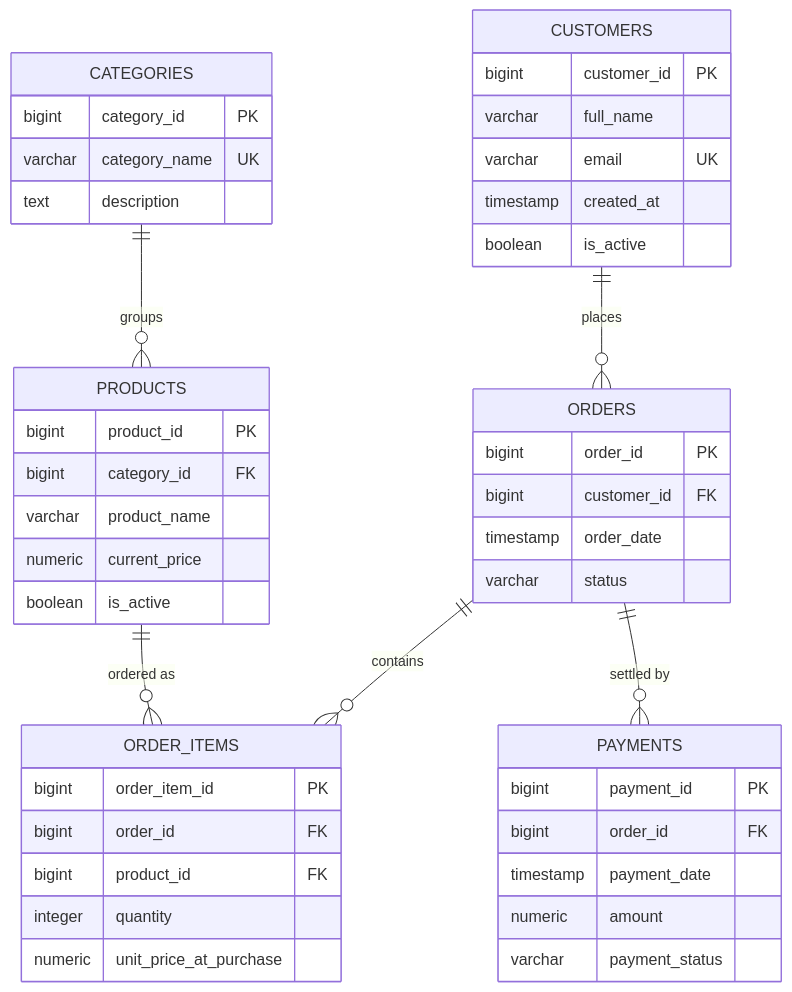
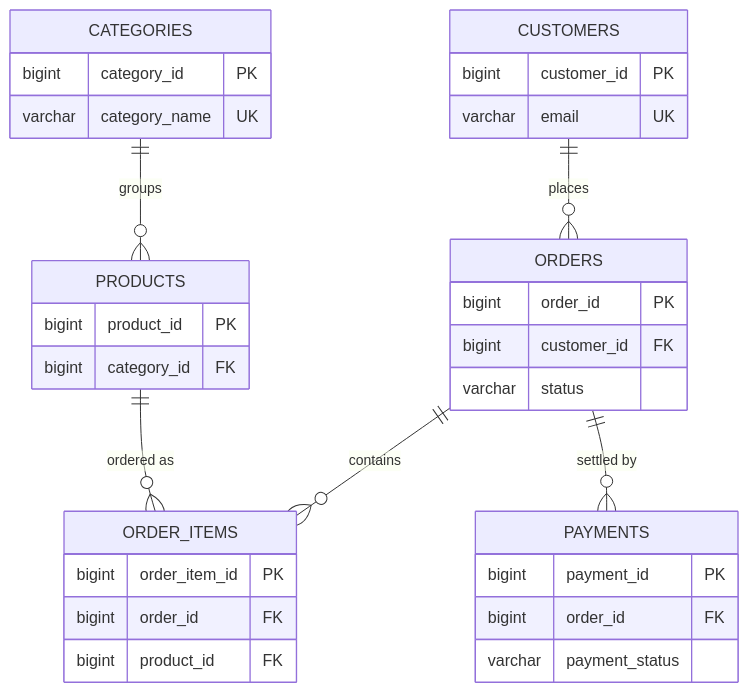
Before and after one commit to dannykhant/schema-intelligence: the diagram in schema_intelligence_naive_agent.md, drawn with Mermaid. The commit also changed other lines of this file and 1 other file, not shown here.

````diff
--- a/schema_intelligence_naive_agent.md
+++ b/schema_intelligence_naive_agent.md
@@ -41,53 +46,35 @@
 ```mermaid
 erDiagram
     CUSTOMERS ||--o{ ORDERS : places
     ORDERS ||--o{ ORDER_ITEMS : contains
     PRODUCTS ||--o{ ORDER_ITEMS : "ordered as"
     CATEGORIES ||--o{ PRODUCTS : groups
     ORDERS ||--o{ PAYMENTS : "settled by"
-
     CUSTOMERS {
         bigint customer_id PK
-        varchar full_name
         varchar email UK
-        timestamp created_at
-        boolean is_active
     }
-
     CATEGORIES {
         bigint category_id PK
         varchar category_name UK
-        text description
     }
-
     PRODUCTS {
         bigint product_id PK
         bigint category_id FK
-        varchar product_name
-        numeric current_price
-        boolean is_active
     }
-
     ORDERS {
         bigint order_id PK
         bigint customer_id FK
-        timestamp order_date
         varchar status
     }
-
     ORDER_ITEMS {
         bigint order_item_id PK
         bigint order_id FK
         bigint product_id FK
-        integer quantity
-        numeric unit_price_at_purchase
     }
-
     PAYMENTS {
         bigint payment_id PK
         bigint order_id FK
-        timestamp payment_date
-        numeric amount
         varchar payment_status
     }
 ```
````
